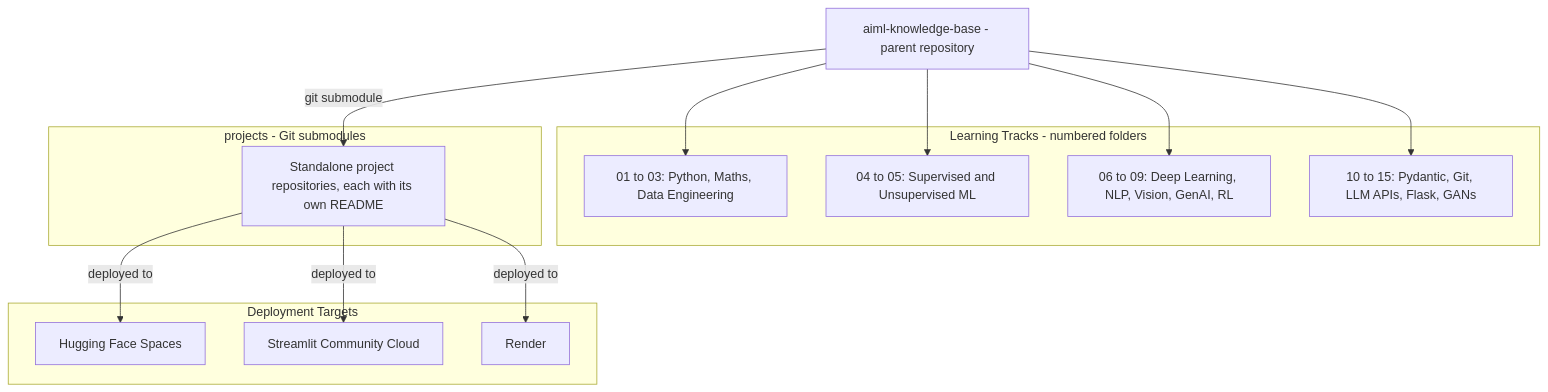
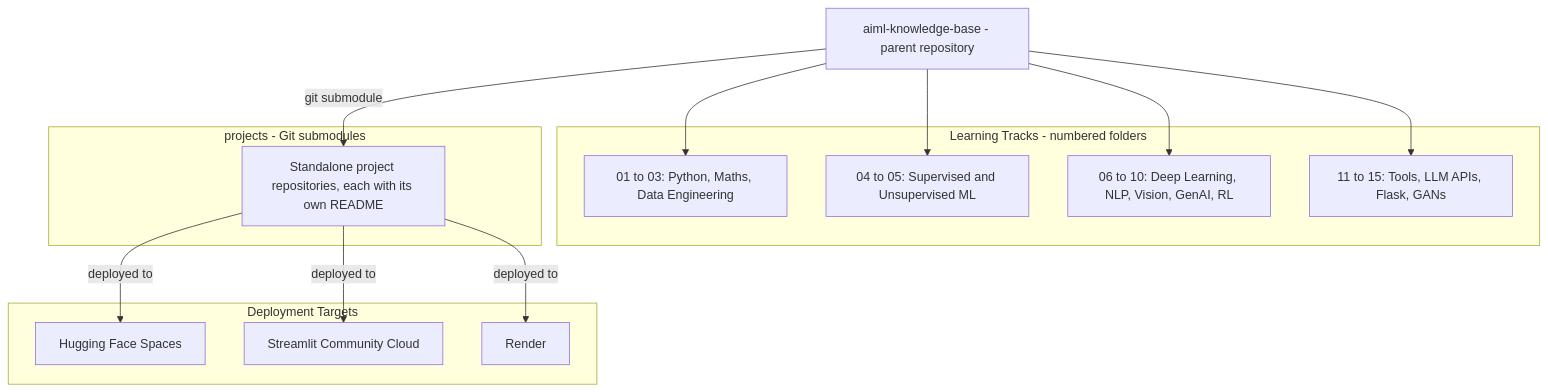
Before and after one commit to KARTHIKAKRISHNA123/aiml-knowledge-base: the first of 2 diagrams in README.md, drawn with Mermaid. The commit also changed other lines of this file, not shown here.

````diff
--- a/README.md
+++ b/README.md
@@ -56,26 +56,26 @@
 ```mermaid
 graph TD
   subgraph LEARN["Learning Tracks - numbered folders"]
     L1["01 to 03: Python, Maths, Data Engineering"]
     L2["04 to 05: Supervised and Unsupervised ML"]
-    L3["06 to 09: Deep Learning, NLP, Vision, GenAI, RL"]
-    L4["10 to 15: Pydantic, Git, LLM APIs, Flask, GANs"]
+    L3["06 to 10: Deep Learning, NLP, Vision, GenAI, RL"]
+    L4["11 to 15: Tools, LLM APIs, Flask, GANs"]
   end
   HUB["aiml-knowledge-base - parent repository"]
   subgraph PROJ["projects - Git submodules"]
     P1["Standalone project repositories, each with its own README"]
   end
   subgraph DEPLOY["Deployment Targets"]
     D1["Hugging Face Spaces"]
     D2["Streamlit Community Cloud"]
     D3["Render"]
   end
   HUB --> L1
   HUB --> L2
   HUB --> L3
   HUB --> L4
   HUB -->|"git submodule"| P1
   P1 -->|"deployed to"| D1
   P1 -->|"deployed to"| D2
   P1 -->|"deployed to"| D3
 ```
````
